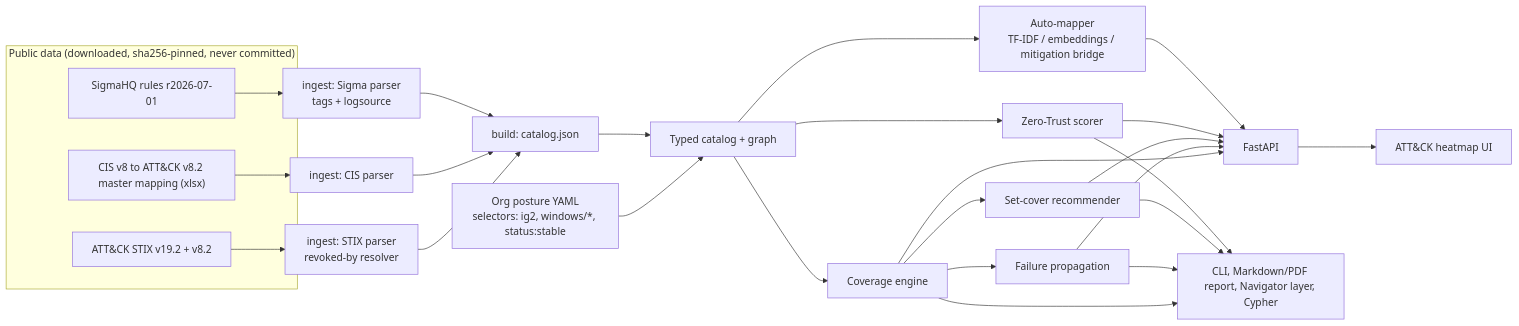
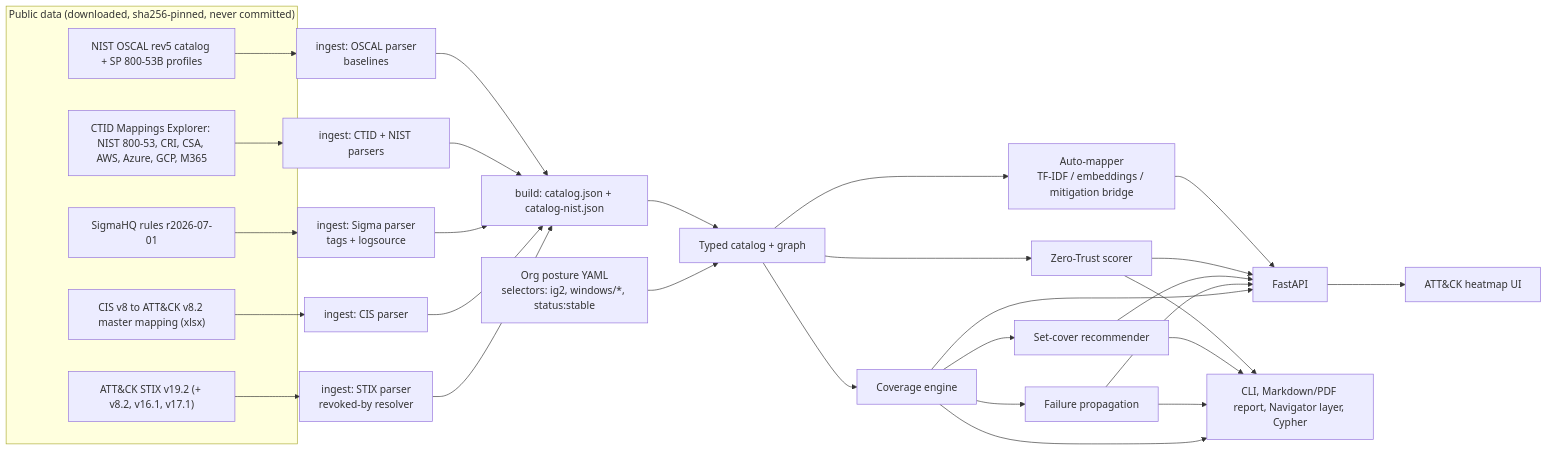
The diagram in README.md (rakshit-737/vantage), drawn with Mermaid before and after one commit. The commit also changed other lines of this file and 14 other files, not shown here.

````diff
--- a/README.md
+++ b/README.md
@@ -78,22 +117,26 @@
 ```mermaid
 flowchart LR
   subgraph DATA["Public data (downloaded, sha256-pinned, never committed)"]
-    A["ATT&CK STIX v19.2 + v8.2"]
+    A["ATT&CK STIX v19.2 (+ v8.2, v16.1, v17.1)"]
     C["CIS v8 to ATT&CK v8.2 master mapping (xlsx)"]
+    N["CTID Mappings Explorer: NIST 800-53, CRI, CSA, AWS, Azure, GCP, M365"]
+    OS["NIST OSCAL rev5 catalog + SP 800-53B profiles"]
     S["SigmaHQ rules r2026-07-01"]
   end
   A --> I["ingest: STIX parser<br/>revoked-by resolver"]
   C --> I2["ingest: CIS parser"]
+  N --> I4["ingest: CTID + NIST parsers"]
+  OS --> I5["ingest: OSCAL parser<br/>baselines"]
   S --> I3["ingest: Sigma parser<br/>tags + logsource"]
-  I & I2 & I3 --> B["build: catalog.json"]
+  I & I2 & I3 & I4 & I5 --> B["build: catalog.json + catalog-nist.json"]
   O["Org posture YAML<br/>selectors: ig2, windows/*, status:stable"] --> E
   B --> E["Typed catalog + graph"]
   E --> CE["Coverage engine"]
   CE --> FP["Failure propagation"]
   CE --> RC["Set-cover recommender"]
   E --> ZT["Zero-Trust scorer"]
   E --> AM["Auto-mapper<br/>TF-IDF / embeddings / mitigation bridge"]
   CE & FP & RC & ZT & AM --> API["FastAPI"]
   API --> UI["ATT&CK heatmap UI"]
   CE & FP & RC & ZT --> R["CLI, Markdown/PDF report, Navigator layer, Cypher"]
 ```
````
